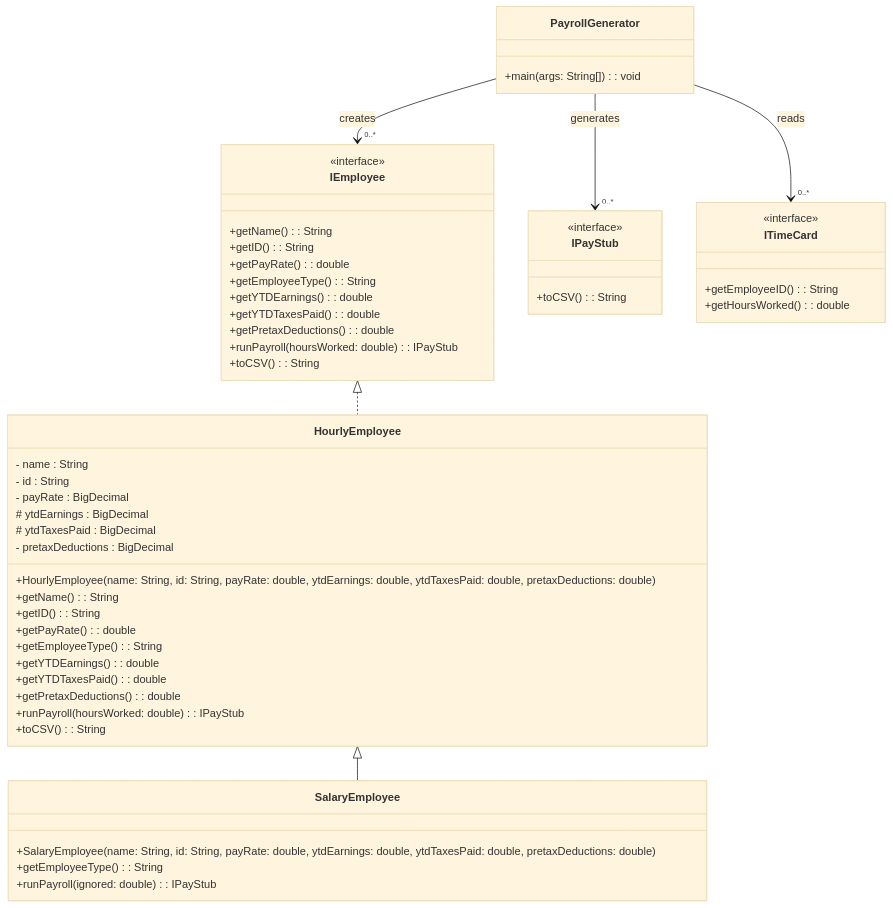
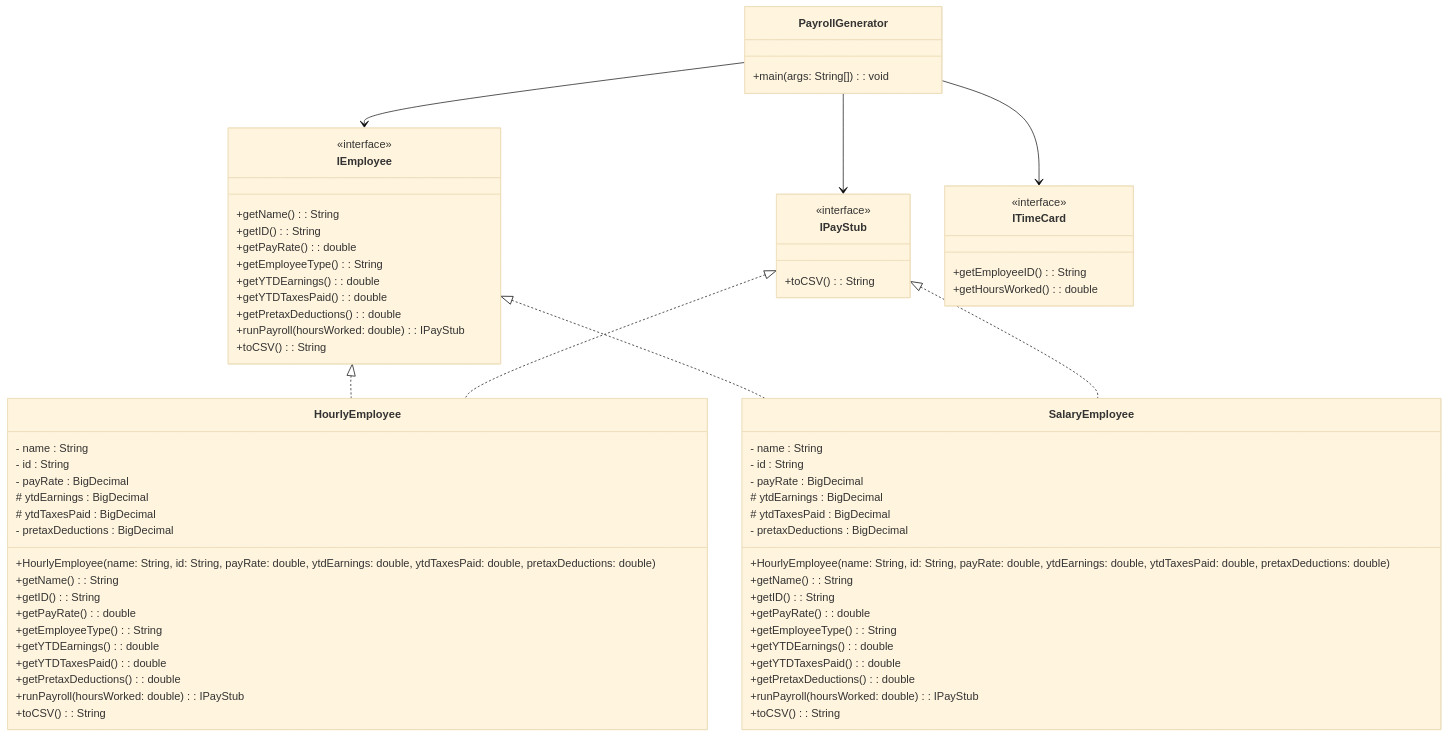
Before and after one commit to 5004-SEA-Fa24-Geeng/payroll-gen-123321-xy: the second of 2 diagrams in DesignDocument.md, drawn with Mermaid (base theme).

Commit message:
change UML

```````diff
--- a/DesignDocument.md
+++ b/DesignDocument.md
@@ -88,59 +88,74 @@
 ```mermaid
 classDiagram
     class PayrollGenerator {
         +main(args: String[]): void
     }
 
     class IEmployee {
         <<interface>>
         +getName() : String
         +getID() : String
         +getPayRate() : double
         +getEmployeeType() : String
         +getYTDEarnings() : double
         +getYTDTaxesPaid() : double
         +getPretaxDeductions() : double
         +runPayroll(hoursWorked: double) : IPayStub
         +toCSV() : String
     }
 
     class HourlyEmployee {
         - name : String
         - id : String
         - payRate : BigDecimal
         # ytdEarnings : BigDecimal
         # ytdTaxesPaid : BigDecimal
         - pretaxDeductions : BigDecimal
         +HourlyEmployee(name: String, id: String, payRate: double, ytdEarnings: double, ytdTaxesPaid: double, pretaxDeductions: double)
         +getName() : String
         +getID() : String
         +getPayRate() : double
         +getEmployeeType() : String
         +getYTDEarnings() : double
         +getYTDTaxesPaid() : double
         +getPretaxDeductions() : double
         +runPayroll(hoursWorked: double) : IPayStub
         +toCSV() : String
     }
 
     class SalaryEmployee {
-        +SalaryEmployee(name: String, id: String, payRate: double, ytdEarnings: double, ytdTaxesPaid: double, pretaxDeductions: double)
+        - name : String
+        - id : String
+        - payRate : BigDecimal
+        # ytdEarnings : BigDecimal
+        # ytdTaxesPaid : BigDecimal
+        - pretaxDeductions : BigDecimal
+        +HourlyEmployee(name: String, id: String, payRate: double, ytdEarnings: double, ytdTaxesPaid: double, pretaxDeductions: double)
+        +getName() : String
+        +getID() : String
+        +getPayRate() : double
         +getEmployeeType() : String
-        +runPayroll(ignored: double) : IPayStub
+        +getYTDEarnings() : double
+        +getYTDTaxesPaid() : double
+        +getPretaxDeductions() : double
+        +runPayroll(hoursWorked: double) : IPayStub
+        +toCSV() : String
     }
     class IPayStub {
         <<interface>>
         +toCSV() : String
     }
     class ITimeCard {
         <<interface>>
         +getEmployeeID() : String
         +getHoursWorked() : double
     }
 
     IEmployee <|.. HourlyEmployee
-    HourlyEmployee <|-- SalaryEmployee
-    PayrollGenerator --> "0..*" IEmployee : creates
-    PayrollGenerator --> "0..*" ITimeCard : reads
-    PayrollGenerator --> "0..*" IPayStub : generates
+    IPayStub <|.. HourlyEmployee
+    IEmployee <|.. SalaryEmployee
+    IPayStub <|.. SalaryEmployee
+    PayrollGenerator --> IEmployee
+    PayrollGenerator --> ITimeCard
+    PayrollGenerator --> IPayStub
   ``````
```````
